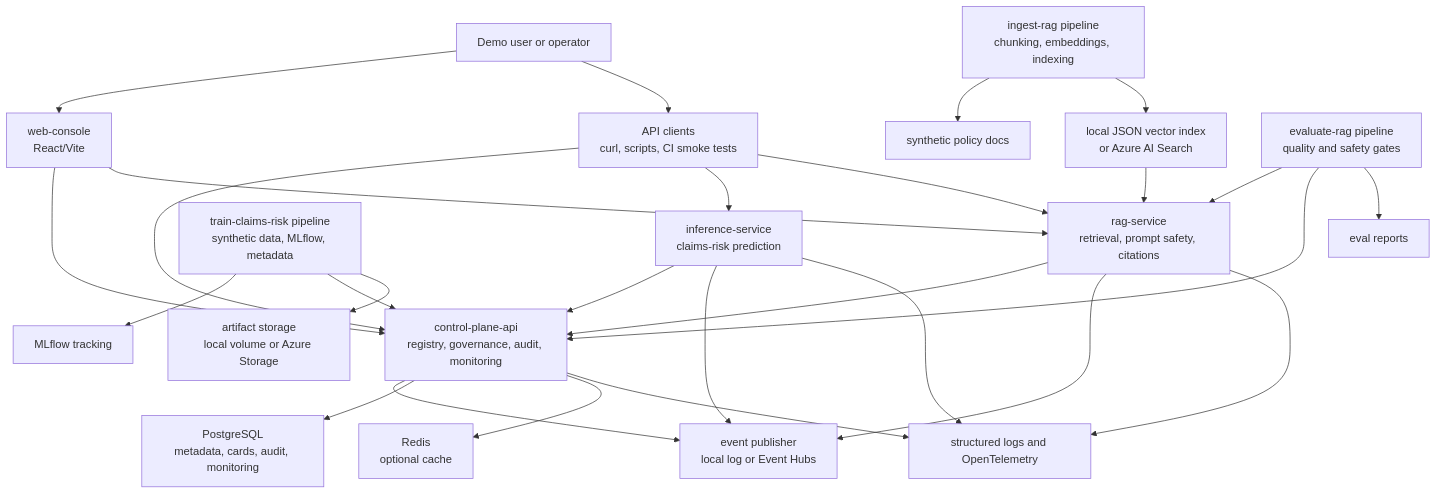
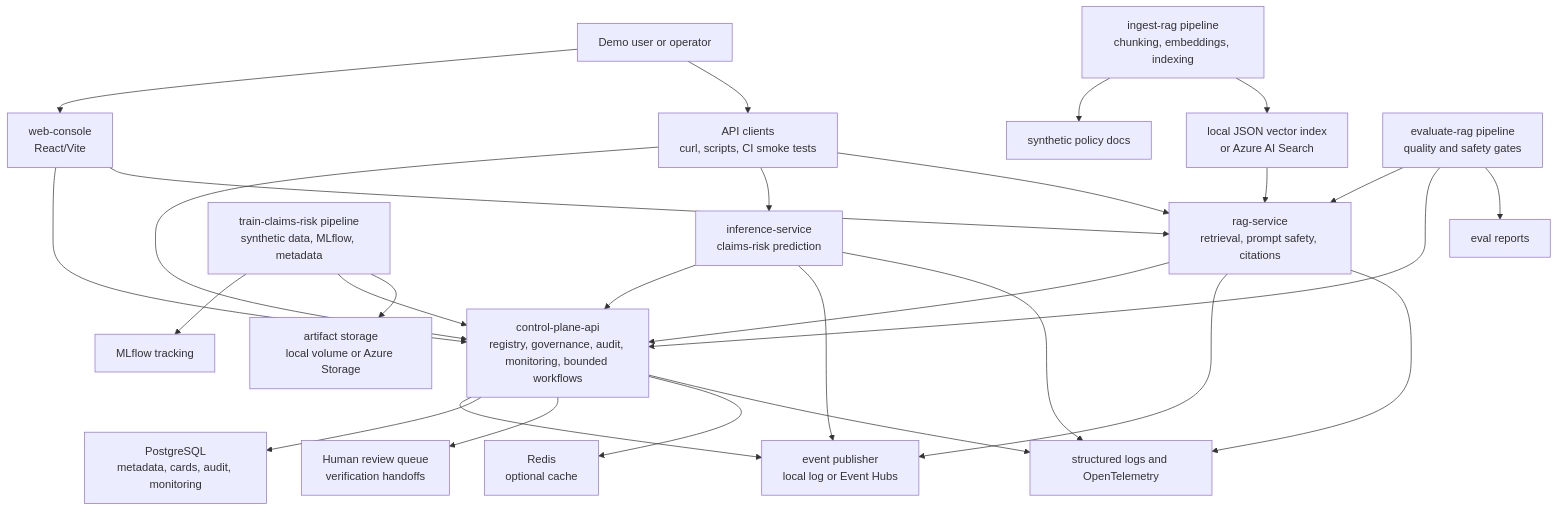
The diagram in docs/diagrams/system_architecture.md (gpatwa/careai-platform), drawn with Mermaid before and after one commit. The commit also changed other lines of this file and 24 other files, not shown here.

````diff
--- a/docs/diagrams/system_architecture.md
+++ b/docs/diagrams/system_architecture.md
@@ -5,36 +5,37 @@
 ```mermaid
 flowchart TB
     User["Demo user or operator"] --> Web["web-console\nReact/Vite"]
     User --> API["API clients\ncurl, scripts, CI smoke tests"]
 
-    Web --> Control["control-plane-api\nregistry, governance, audit, monitoring"]
+    Web --> Control["control-plane-api\nregistry, governance, audit, monitoring, bounded workflows"]
     Web --> RAG["rag-service\nretrieval, prompt safety, citations"]
     API --> Control
     API --> Infer["inference-service\nclaims-risk prediction"]
     API --> RAG
 
     Train["train-claims-risk pipeline\nsynthetic data, MLflow, metadata"] --> MLflow["MLflow tracking"]
     Train --> Control
     Train --> Artifacts["artifact storage\nlocal volume or Azure Storage"]
 
     Ingest["ingest-rag pipeline\nchunking, embeddings, indexing"] --> Docs["synthetic policy docs"]
     Ingest --> Vector["local JSON vector index\nor Azure AI Search"]
 
     Eval["evaluate-rag pipeline\nquality and safety gates"] --> RAG
     Eval --> Control
     Eval --> Reports["eval reports"]
 
     Infer --> Control
     Infer --> Events["event publisher\nlocal log or Event Hubs"]
     RAG --> Control
     RAG --> Events
     Control --> Events
 
     Control --> DB["PostgreSQL\nmetadata, cards, audit, monitoring"]
+    Control --> Review["Human review queue\nverification handoffs"]
     Control --> Cache["Redis\noptional cache"]
     Control --> Logs["structured logs and OpenTelemetry"]
     Infer --> Logs
     RAG --> Logs
 
     Vector --> RAG
 ```
````
